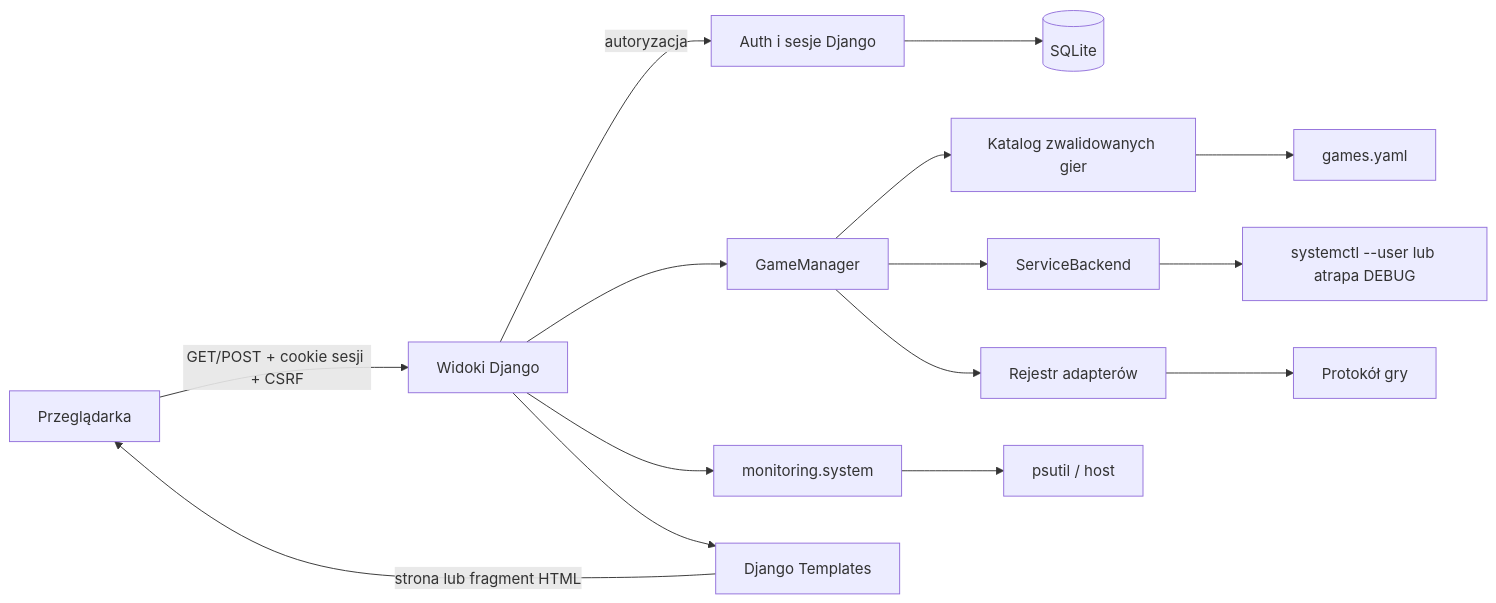
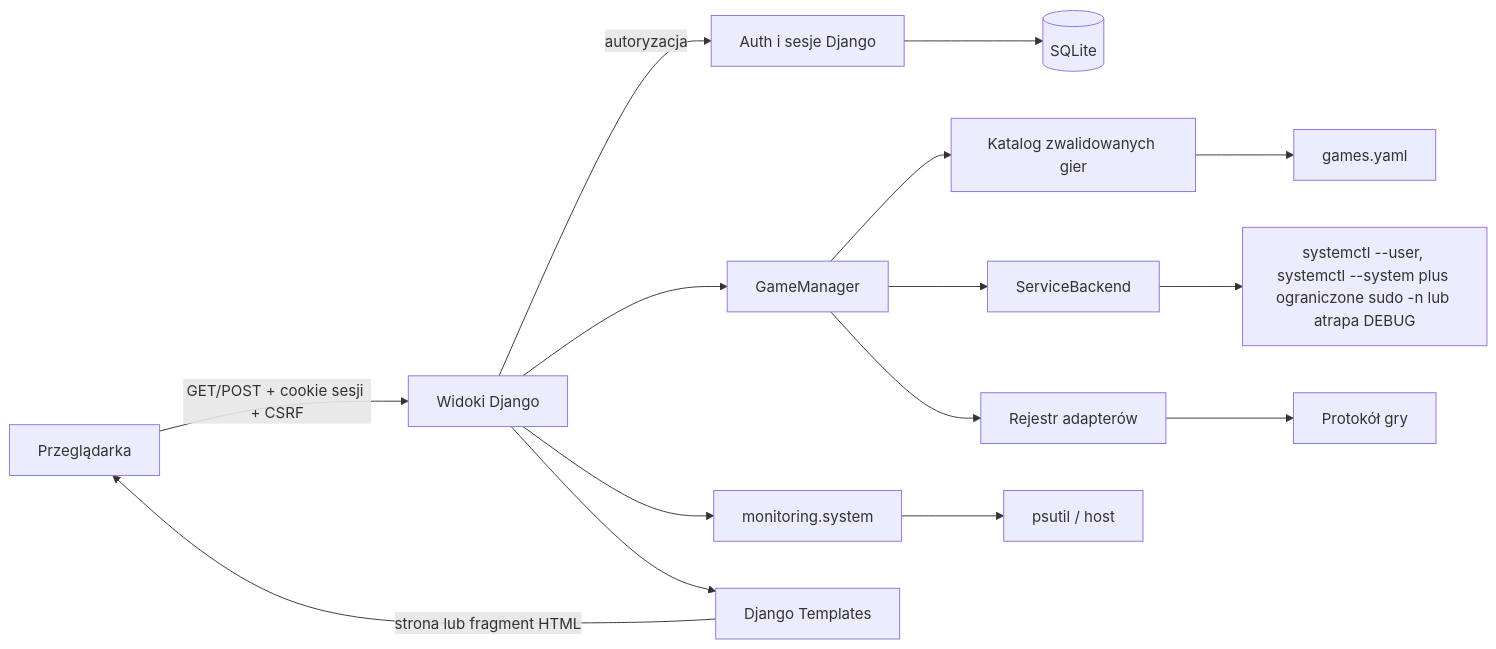
Before and after one commit to Bartolini515/GameServersPanel: the diagram in docs/architecture.md, drawn with Mermaid. The commit also changed other lines of this file and 3 other files, not shown here.

````diff
--- a/docs/architecture.md
+++ b/docs/architecture.md
@@ -23,17 +23,17 @@
 ```mermaid
 flowchart LR
     B[Przeglądarka] -->|GET/POST + cookie sesji + CSRF| V[Widoki Django]
     V -->|autoryzacja| A[Auth i sesje Django]
     A --> DB[(SQLite)]
     V --> M[GameManager]
     M --> C[Katalog zwalidowanych gier]
     C --> Y[games.yaml]
     M --> S[ServiceBackend]
-    S --> SD[systemctl --user lub atrapa DEBUG]
+    S --> SD[systemctl --user, systemctl --system plus ograniczone sudo -n lub atrapa DEBUG]
     M --> R[Rejestr adapterów]
     R --> G[Protokół gry]
     V --> P[monitoring.system]
     P --> PS[psutil / host]
     V --> T[Django Templates]
     T -->|strona lub fragment HTML| B
 ```
````
